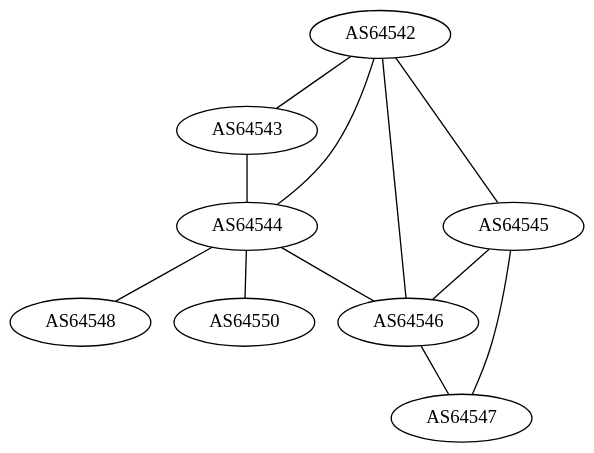
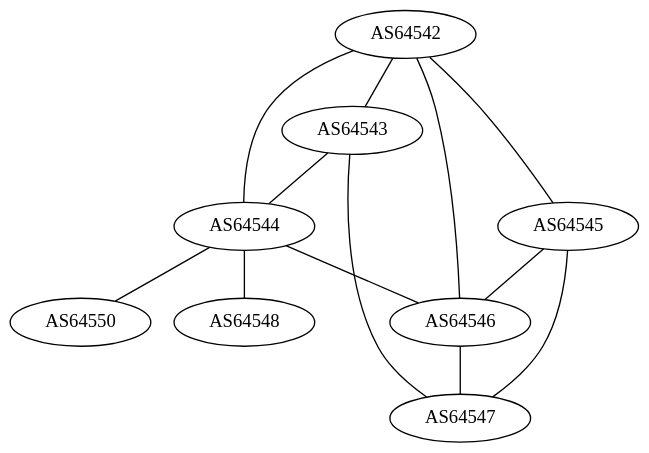
One commit to GLaNET/resources changed the diagram in as-graph.dot. Above: the diagram before and after it, drawn with Graphviz.

Commit message:
adding new AS64543-AS64547 link

```diff
--- a/as-graph.dot
+++ b/as-graph.dot
@@ -1,27 +1,22 @@
 graph GLaNET
 {
         edge [len=2];
         graph [bgcolor=transparent]
 
-        //AS64540 [shape=box];
-        //AS64540 [label="Caribou Route Server\nAS64540"];
-        //AS64540 -- AS64542;
-        //AS64540 -- AS64544;
-        //AS64540 -- AS64543;
-
         AS64542 -- AS64543;
-        AS64542 -- AS64544; // [label="1"];
+        AS64542 -- AS64544;
         AS64542 -- AS64545;
         AS64542 -- AS64546;
 
         AS64543 -- AS64544;
+        AS64543 -- AS64547;
 
         AS64544 -- AS64546;
         AS64544 -- AS64548;
         AS64544 -- AS64550;
 
         AS64545 -- AS64546;
         AS64545 -- AS64547;
 
         AS64546 -- AS64547;
 }
```
